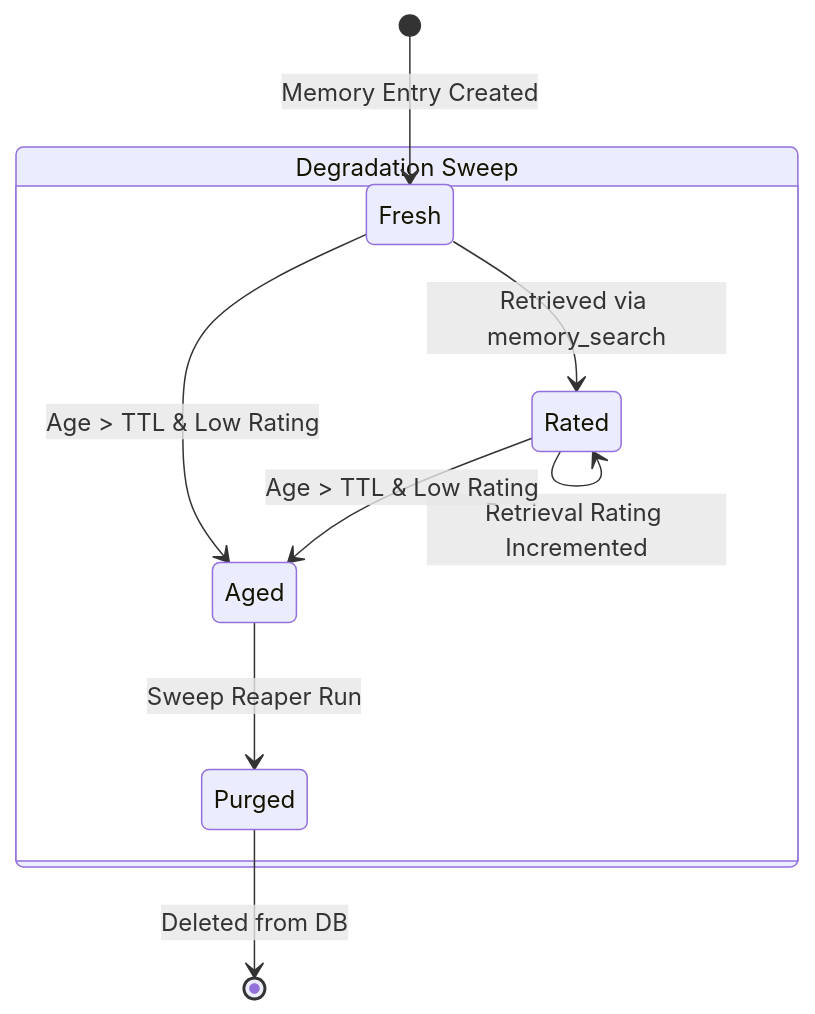
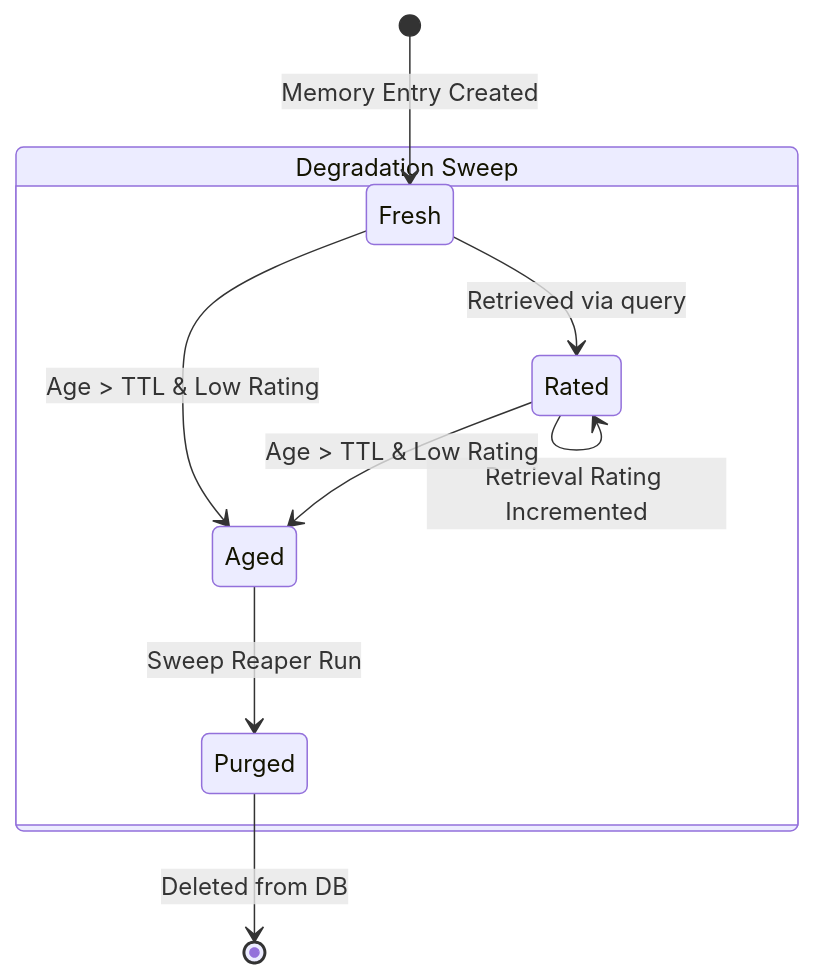
Before and after one commit to Arasz/ai-raccoon: the fifth of 6 diagrams in docs/explanation/agent-memory-capabilities.md, drawn with Mermaid. The commit also changed other lines of this file and 229 other files, not shown here.

````diff
--- a/docs/explanation/agent-memory-capabilities.md
+++ b/docs/explanation/agent-memory-capabilities.md
@@ -111,14 +111,14 @@
 ```mermaid
 stateDiagram-v2
     [*] --> Fresh: Memory Entry Created
-    Fresh --> Rated: Retrieved via memory_search
+    Fresh --> Rated: Retrieved via query
     Rated --> Rated: Retrieval Rating Incremented
     
     state "Degradation Sweep" as Sweep {
         Fresh --> Aged: Age > TTL & Low Rating
         Rated --> Aged: Age > TTL & Low Rating
         Aged --> Purged: Sweep Reaper Run
     }
     
     Purged --> [*]: Deleted from DB
 ```
````
